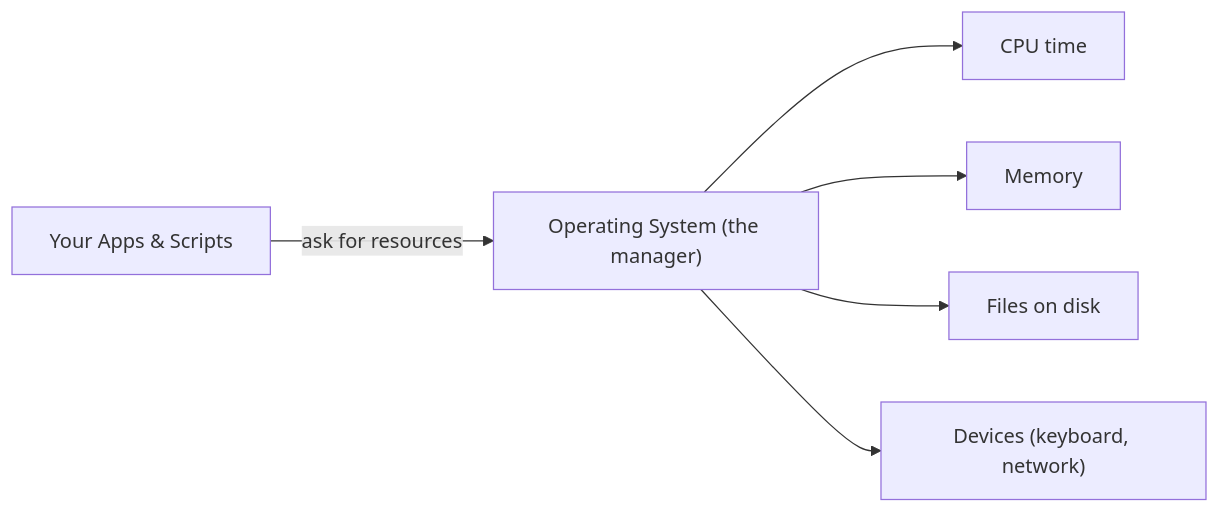
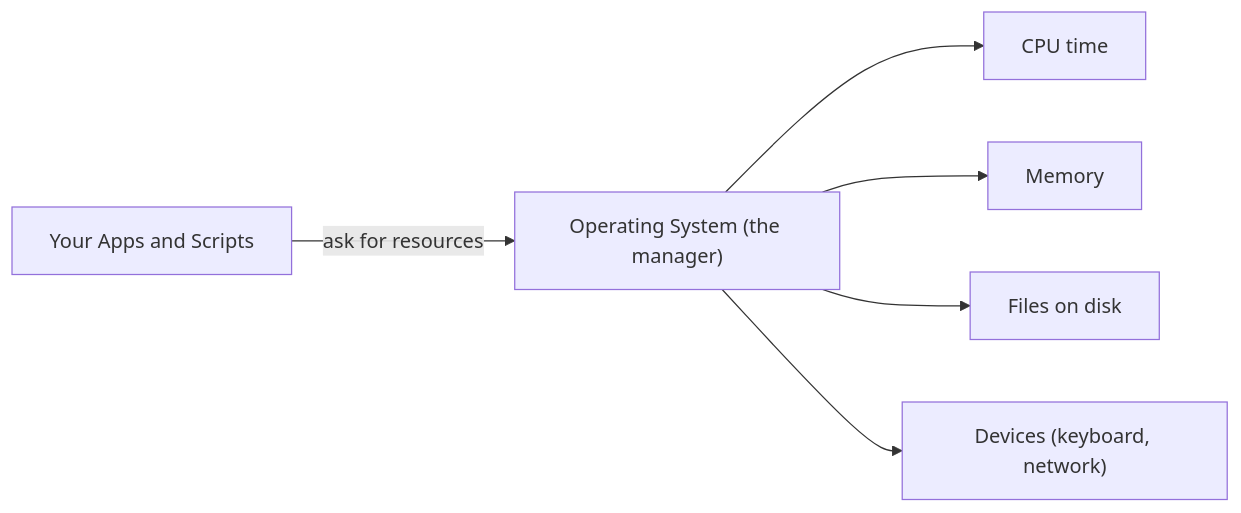
Before and after one commit to Prabakaran-MS/crashCourse: the diagram in Learning/OS-and-Scripting/00-Start-Here/read-me-first.md, drawn with Mermaid. The commit also changed other lines of this file and 84 other files, not shown here.

````diff
--- a/Learning/OS-and-Scripting/00-Start-Here/read-me-first.md
+++ b/Learning/OS-and-Scripting/00-Start-Here/read-me-first.md
@@ -15,8 +15,8 @@
 ```mermaid
 flowchart LR
-	Apps["Your Apps & Scripts"] -->|"ask for resources"| OS["Operating System (the manager)"]
+	Apps["Your Apps and Scripts"] -->|"ask for resources"| OS["Operating System (the manager)"]
 	OS --> CPU["CPU time"]
 	OS --> RAM["Memory"]
 	OS --> Disk["Files on disk"]
 	OS --> Dev["Devices (keyboard, network)"]
 ```
````
